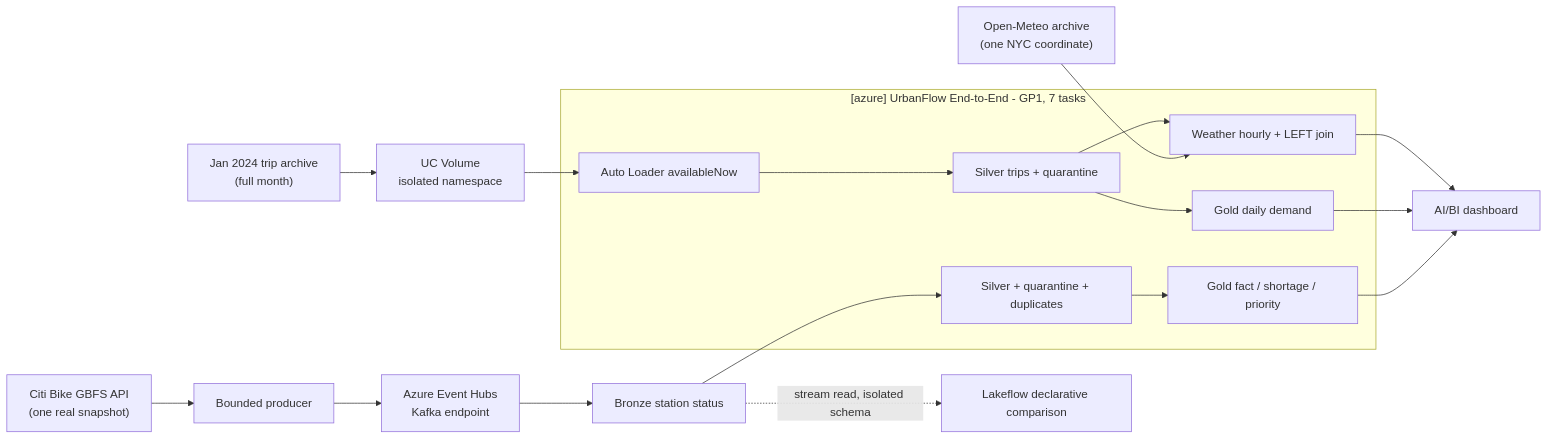
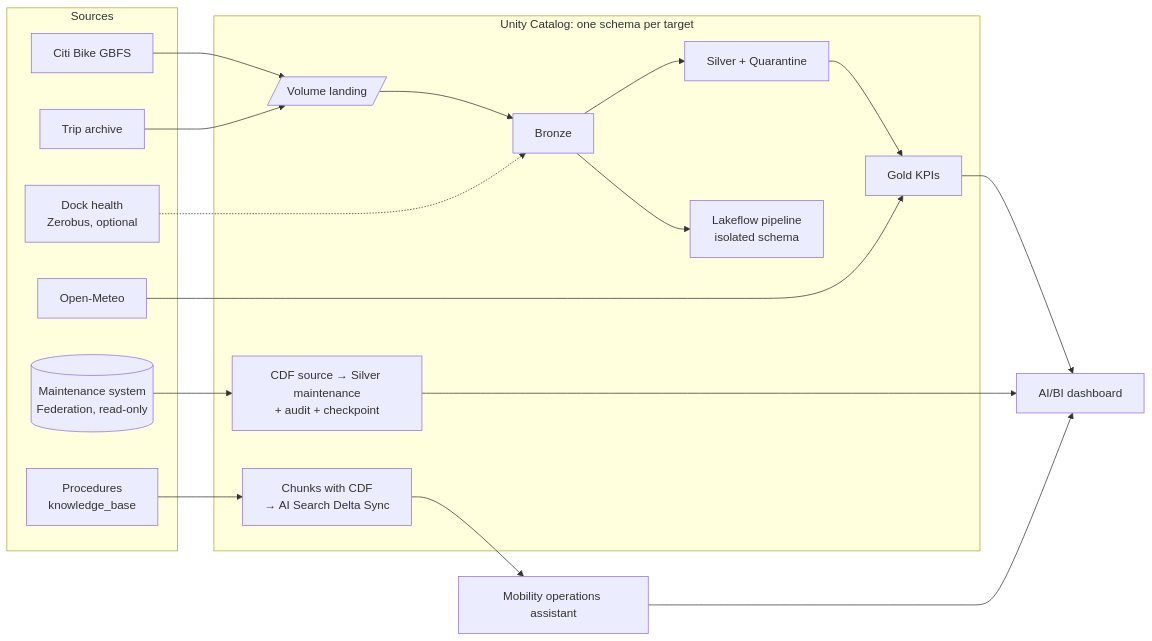
One commit to BadalovP/Databricks-Academy-Lakehouse changed the first of 5 diagrams in final_project/README.md. Above: the diagram before and after it, drawn with Mermaid. The commit also changed other lines of this file and 29 other files, not shown here.

````diff
--- a/final_project/README.md
+++ b/final_project/README.md
@@ -97,28 +45,31 @@
 ```mermaid
 flowchart LR
-    GBFS["Citi Bike GBFS API<br/>(one real snapshot)"] --> PRODUCER["Bounded producer"]
-    PRODUCER --> EH["Azure Event Hubs<br/>Kafka endpoint"]
-    EH --> BSTATUS["Bronze station status"]
-
-    TRIPS["Jan 2024 trip archive<br/>(full month)"] --> VOLUME["UC Volume<br/>isolated namespace"]
-    METEO["Open-Meteo archive<br/>(one NYC coordinate)"]
-
-    subgraph ORCH["[azure] UrbanFlow End-to-End - GP1, 7 tasks"]
-      SSILVER["Silver + quarantine + duplicates"]
-      SGOLD["Gold fact / shortage / priority"]
-      AUTO["Auto Loader availableNow"]
-      TSILVER["Silver trips + quarantine"]
-      DEMAND["Gold daily demand"]
-      WEATHER["Weather hourly + LEFT join"]
-    end
-
-    BSTATUS --> SSILVER --> SGOLD
-    VOLUME --> AUTO --> TSILVER --> DEMAND
-    METEO --> WEATHER
-    TSILVER --> WEATHER
-
-    SGOLD --> DASH["AI/BI dashboard"]
-    DEMAND --> DASH
-    WEATHER --> DASH
-    BSTATUS -. "stream read, isolated schema" .-> LAKEFLOW["Lakeflow declarative comparison"]
+  subgraph Sources
+    GBFS[Citi Bike GBFS]
+    TRIPS[Trip archive]
+    METEO[Open-Meteo]
+    MAINT[(Maintenance system<br/>Federation, read-only)]
+    DOCS[Procedures<br/>knowledge_base]
+    HEALTH[Dock health<br/>Zerobus, optional]
+  end
+  subgraph Lakehouse["Unity Catalog: one schema per target"]
+    VOL[/Volume landing/]
+    BRZ[Bronze]
+    SLV[Silver + Quarantine]
+    GLD[Gold KPIs]
+    CDC[CDF source → Silver maintenance<br/>+ audit + checkpoint]
+    RAG[Chunks with CDF<br/>→ AI Search Delta Sync]
+    LKF[Lakeflow pipeline<br/>isolated schema]
+  end
+  GBFS --> VOL --> BRZ --> SLV --> GLD
+  TRIPS --> VOL
+  METEO --> GLD
+  MAINT --> CDC
+  DOCS --> RAG
+  HEALTH -.-> BRZ
+  BRZ --> LKF
+  GLD --> DASH[AI/BI dashboard]
+  CDC --> DASH
+  RAG --> BOT[Mobility operations assistant]
+  BOT --> DASH
 ```
````
